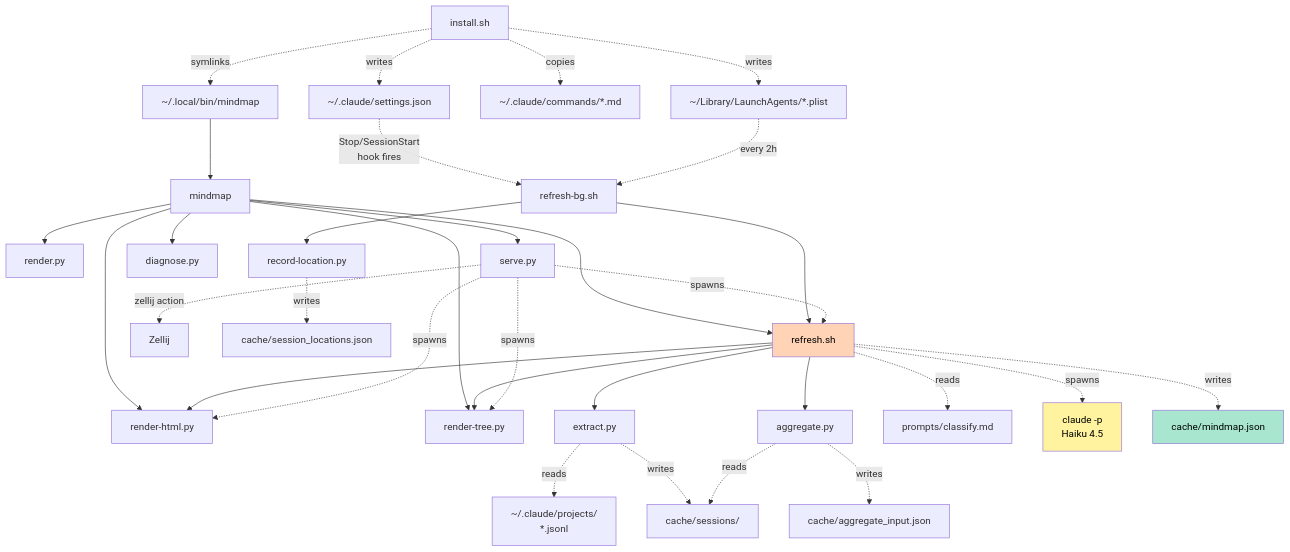
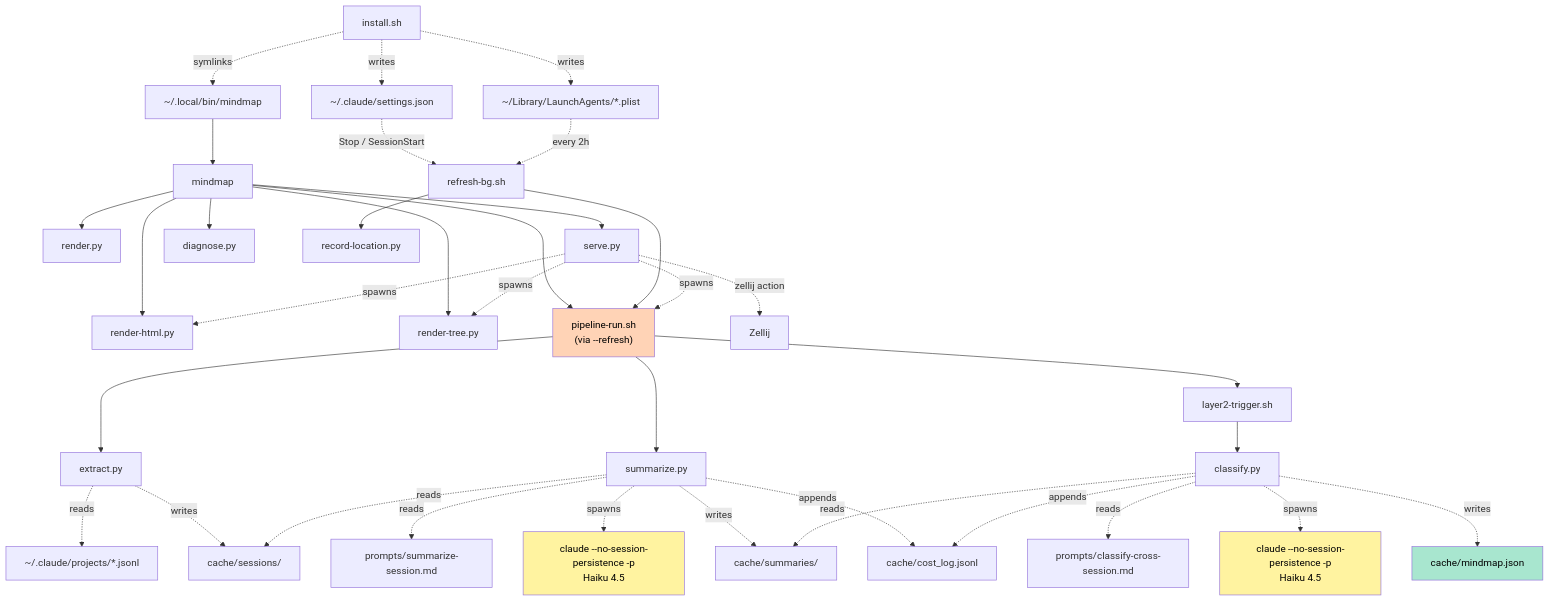
One commit to Icesource/claude-code-worktree changed the second of 8 diagrams in docs/ARCHITECTURE.md. Above: the diagram before and after it, drawn with Mermaid. The commit also changed other lines of this file and 1 other file, not shown here.

````diff
--- a/docs/ARCHITECTURE.md
+++ b/docs/ARCHITECTURE.md
@@ -130,44 +140,50 @@
 ```mermaid
 graph TD
     install["install.sh"] -.->|writes| set["~/.claude/settings.json"]
     install -.->|symlinks| sym["~/.local/bin/mindmap"]
-    install -.->|copies| sc["~/.claude/commands/*.md"]
     install -.->|writes| la["~/Library/LaunchAgents/*.plist"]
 
-    set -.->|"Stop/SessionStart<br/>hook fires"| bg["refresh-bg.sh"]
+    set -.->|"Stop / SessionStart"| bg["refresh-bg.sh"]
     la -.->|"every 2h"| bg
     sym --> mm["mindmap"]
 
     mm --> render["render.py"]
     mm --> rh["render-html.py"]
     mm --> rt["render-tree.py"]
     mm --> srv["serve.py"]
     mm --> diag["diagnose.py"]
-    mm --> rfsh["refresh.sh"]
+    mm --> prun["pipeline-run.sh<br/>(via --refresh)"]
 
     bg --> rec["record-location.py"]
-    bg --> rfsh
+    bg --> prun
 
-    rfsh --> ext["extract.py"]
-    rfsh --> agg["aggregate.py"]
-    rfsh -.->|reads| pmpt["prompts/classify.md"]
-    rfsh --> rh
-    rfsh --> rt
-    rfsh -.->|spawns| claude["claude -p<br/>Haiku 4.5"]
+    prun --> ext["extract.py"]
+    prun --> sum["summarize.py"]
+    prun --> trig["layer2-trigger.sh"]
+    trig --> cls["classify.py"]
+
+    sum -.->|reads| p1["prompts/summarize-session.md"]
+    cls -.->|reads| p2["prompts/classify-cross-session.md"]
+
+    sum -.->|spawns| claude1["claude --no-session-persistence -p<br/>Haiku 4.5"]
+    cls -.->|spawns| claude2["claude --no-session-persistence -p<br/>Haiku 4.5"]
 
     srv -.->|spawns| rh
     srv -.->|spawns| rt
-    srv -.->|spawns| rfsh
+    srv -.->|spawns| prun
     srv -.->|"zellij action"| zj["Zellij"]
 
-    ext -.->|reads| jl["~/.claude/projects/<br/>*.jsonl"]
+    ext -.->|reads| jl["~/.claude/projects/*.jsonl"]
     ext -.->|writes| sess["cache/sessions/"]
-    agg -.->|reads| sess
-    agg -.->|writes| agi["cache/aggregate_input.json"]
-    rec -.->|writes| loc["cache/session_locations.json"]
-    rfsh -.->|writes| mj["cache/mindmap.json"]
+    sum -.->|reads| sess
+    sum -.->|writes| sumdir["cache/summaries/"]
+    cls -.->|reads| sumdir
+    cls -.->|writes| mj["cache/mindmap.json"]
+    sum -.->|appends| cl["cache/cost_log.jsonl"]
+    cls -.->|appends| cl
 
     style mj fill:#a8e6cf,color:#000
-    style claude fill:#fff3a0,color:#000
-    style rfsh fill:#ffd3b6,color:#000
+    style claude1 fill:#fff3a0,color:#000
+    style claude2 fill:#fff3a0,color:#000
+    style prun fill:#ffd3b6,color:#000
 ```
````
